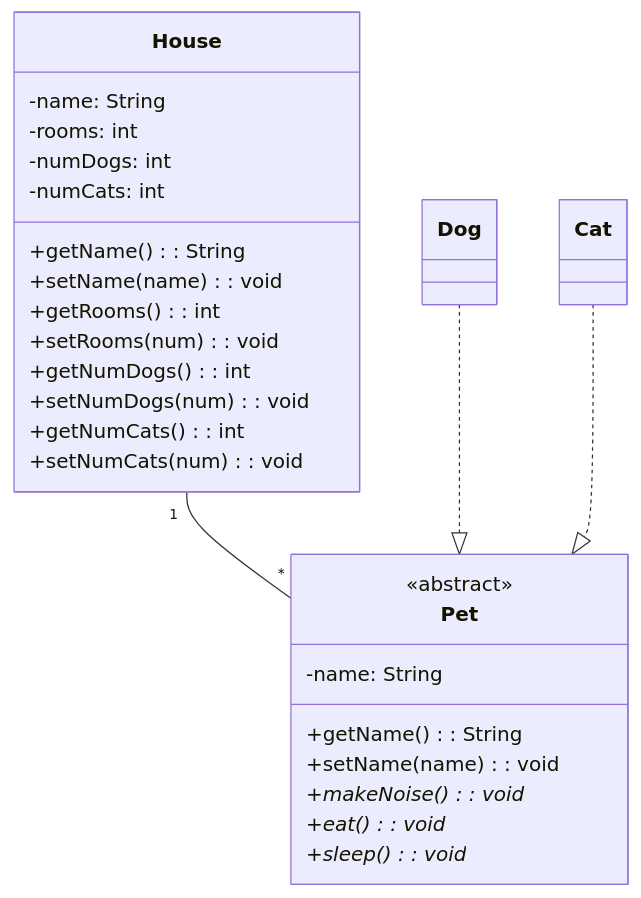
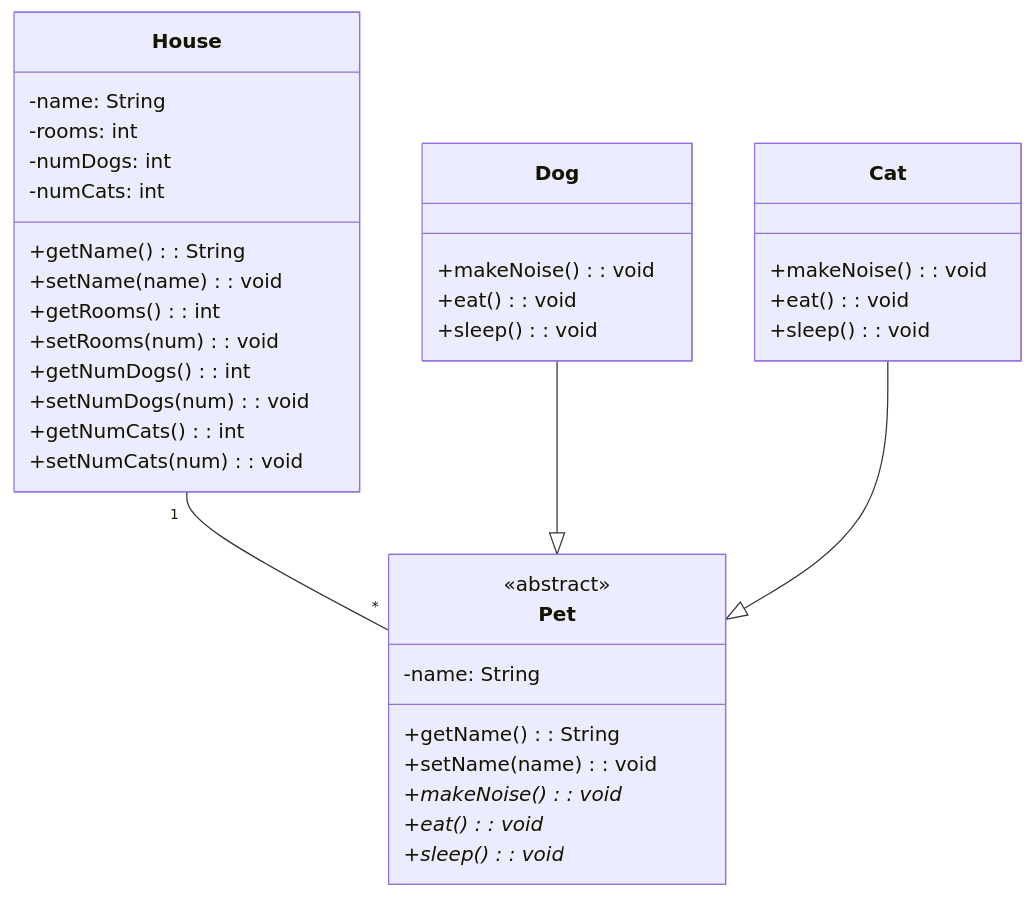
One commit to powersagitar/ics4u changed the diagram in 12-10-2024-uml/pets.md. Above: the diagram before and after it, drawn with Mermaid.

Commit message:
Refactor UML diagram to correct inheritance notation for Dog and Cat classes; add methods for makeNoise, eat, and sleep in Dog and Cat classes.

````diff
--- a/12-10-2024-uml/pets.md
+++ b/12-10-2024-uml/pets.md
@@ -12,40 +12,52 @@
 ```mermaid
 classDiagram
 
 House "1" -- "*" Pet
 
-Dog ..|> Pet
-Cat ..|> Pet
+Dog --|> Pet
+Cat --|> Pet
 
 class House {
 -name: String
 -rooms: int
 -numDogs: int
 -numCats: int
 
 +getName(): String
 +setName(name): void
 
 +getRooms(): int
 +setRooms(num): void
 
 +getNumDogs(): int
 +setNumDogs(num): void
 
 +getNumCats(): int
 +setNumCats(num): void
 }
 
 class Pet {
 <<abstract>>
 
 -name: String
 
 +getName(): String
 +setName(name): void
 
 +makeNoise()*: void
 +eat()*: void
 +sleep()*: void
 }
+
+class Dog {
++makeNoise(): void
++eat(): void
++sleep(): void
+}
+
+class Cat {
++makeNoise(): void
++eat(): void
++sleep(): void
+}
 ```
````
